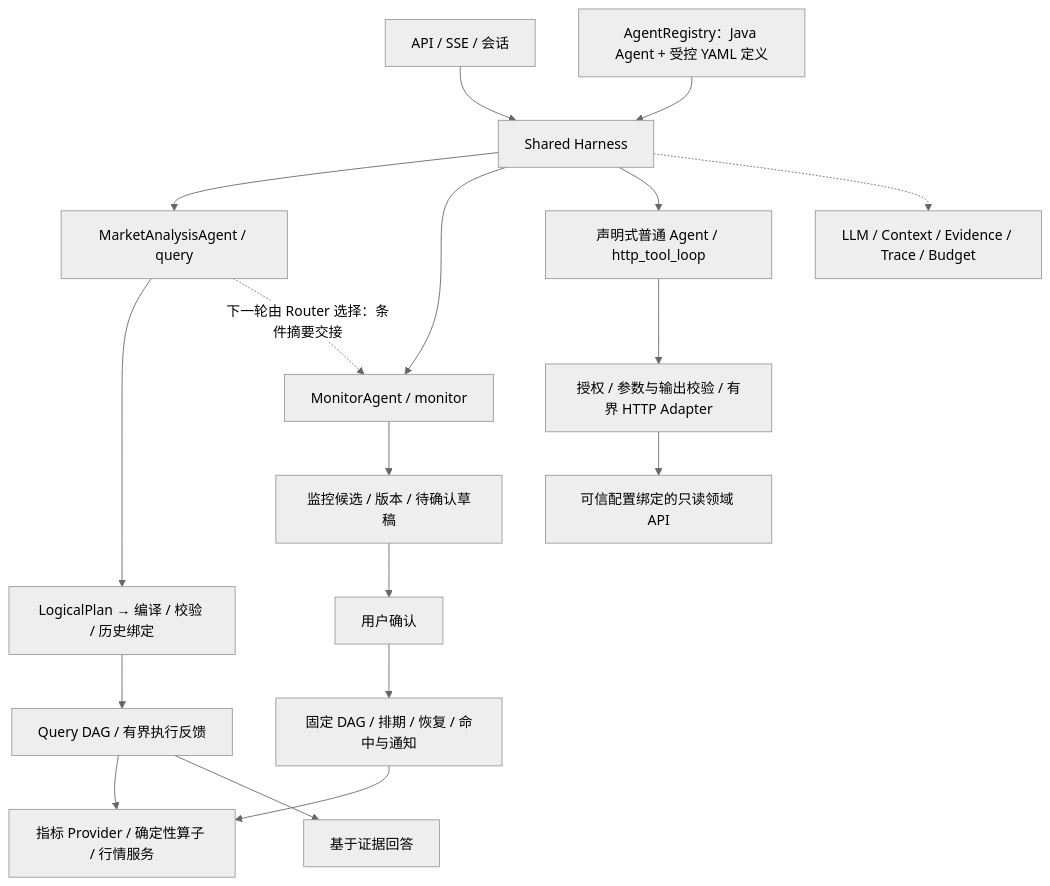
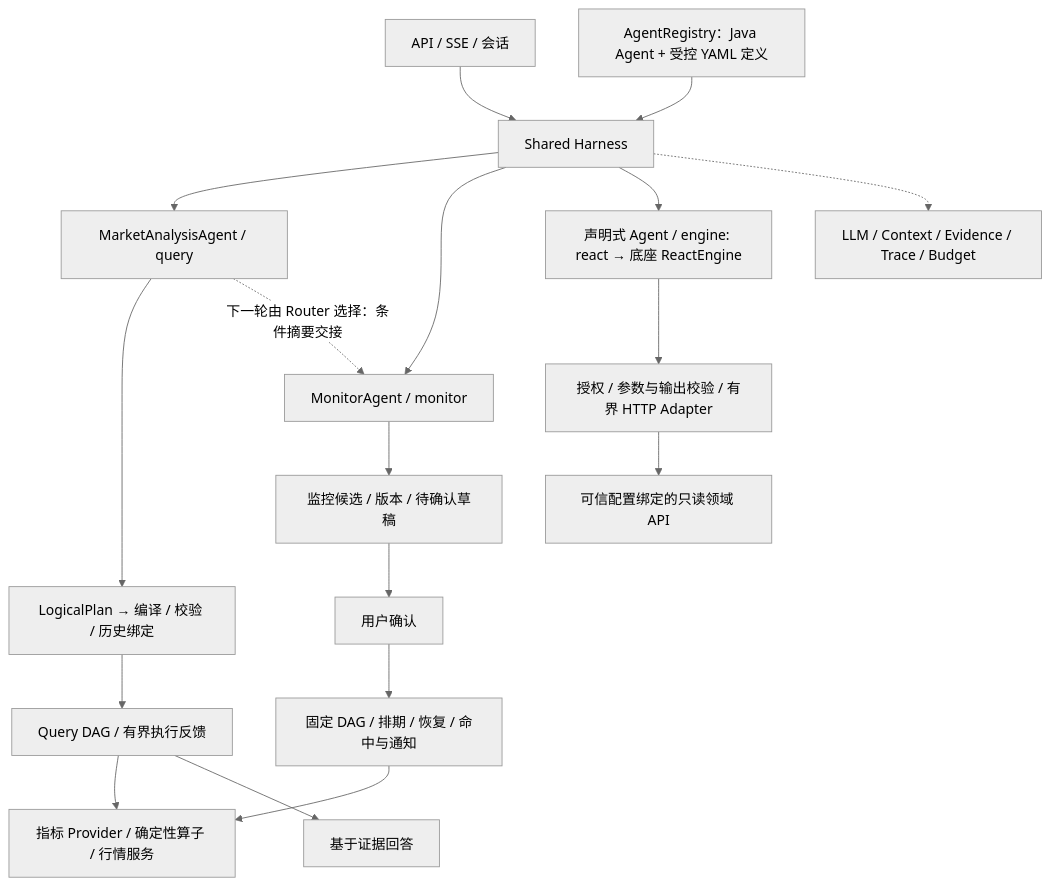
One commit to wztbbs/MarketPilot changed the diagram in docs/当前架构.md. Above: the diagram before and after it, drawn with Mermaid (neutral theme). The commit also changed other lines of this file and 119 other files, not shown here.

````diff
--- a/docs/当前架构.md
+++ b/docs/当前架构.md
@@ -5,20 +5,20 @@
 ```mermaid
 flowchart TD
     API[API / SSE / 会话] --> H[Shared Harness]
     REG[AgentRegistry：Java Agent + 受控 YAML 定义] --> H
     H --> Q[MarketAnalysisAgent / query]
     H --> M[MonitorAgent / monitor]
-    H --> X[声明式普通 Agent / http_tool_loop]
+    H --> X[声明式 Agent / engine: react → 底座 ReactEngine]
     Q --> P[LogicalPlan → 编译 / 校验 / 历史绑定]
     Q -. 下一轮由 Router 选择：条件摘要交接 .-> M
     P --> DAG[Query DAG / 有界执行反馈]
     DAG --> DOMAIN[指标 Provider / 确定性算子 / 行情服务]
     DAG --> ANSWER[基于证据回答]
     M --> DRAFT[监控候选 / 版本 / 待确认草稿]
     DRAFT --> CONFIRM[用户确认]
     CONFIRM --> WORK[固定 DAG / 排期 / 恢复 / 命中与通知]
     WORK --> DOMAIN
     X --> HTTP[授权 / 参数与输出校验 / 有界 HTTP Adapter]
     HTTP --> SERVICE[可信配置绑定的只读领域 API]
     H -.-> SHARED[LLM / Context / Evidence / Trace / Budget]
 ```
````
